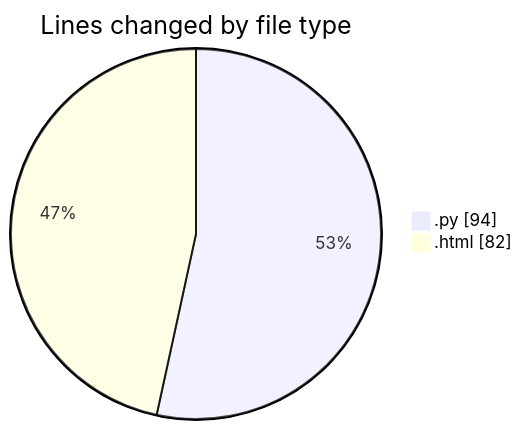
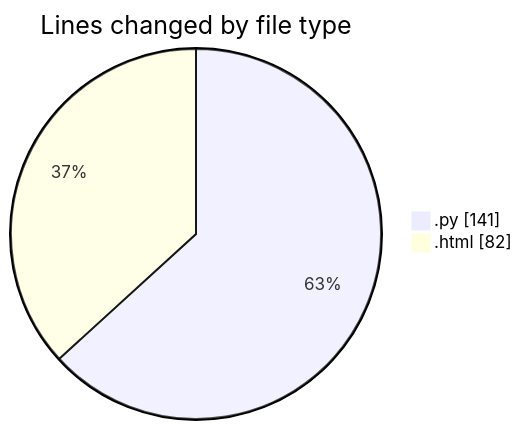
The first of 2 diagrams in 2025-07-17/projeto_sistema/README.md (FelipKnott/code-tracking), drawn with Mermaid before and after one commit. The commit also changed other lines of this file and 1 other file, not shown here.

````diff
--- a/2025-07-17/projeto_sistema/README.md
+++ b/2025-07-17/projeto_sistema/README.md
@@ -23,6 +24,6 @@
 ```mermaid
 pie showData
 title Lines changed by file type
-".py" : 94
+".py" : 141
 ".html" : 82
 ```
````
